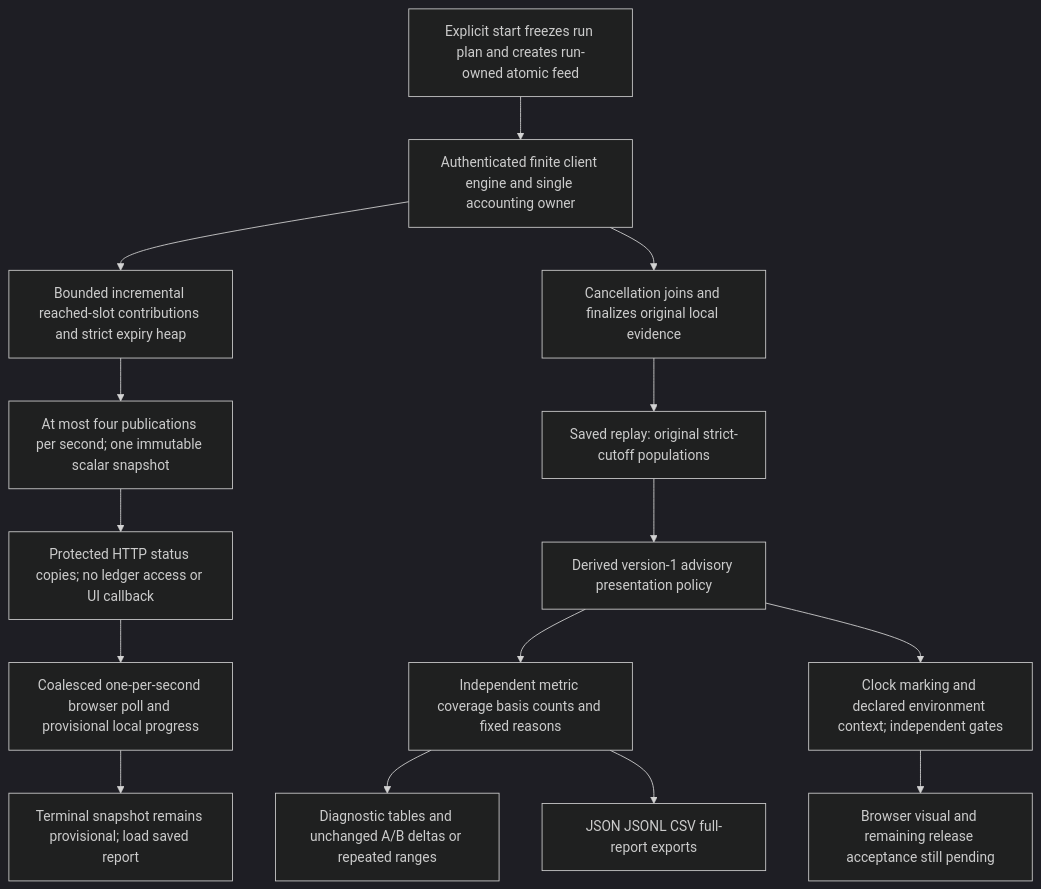
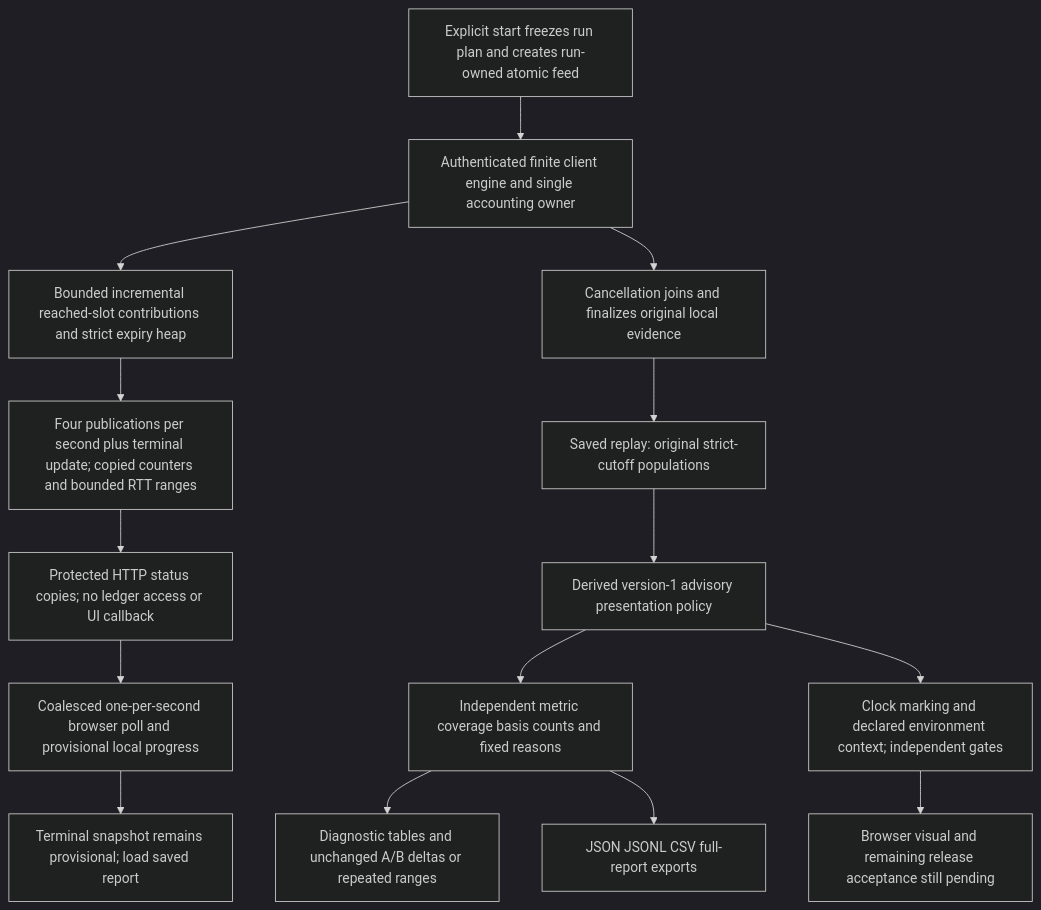
Before and after one commit to rashidbestry/sneaky-port: diagram 22 of 27 in FLOWCHART.md, drawn with Mermaid (dark theme). The commit also changed other lines of this file and 15 other files, not shown here.

````diff
--- a/FLOWCHART.md
+++ b/FLOWCHART.md
@@ -573,17 +573,17 @@
 ```mermaid
 flowchart TD
     A[Saved replay: original strict-cutoff populations] --> B[Derived version-1 advisory presentation policy]
     B --> C[Independent metric coverage basis counts and fixed reasons]
     C --> D[Diagnostic tables and unchanged A/B deltas or repeated ranges]
     C --> E[JSON JSONL CSV full-report exports]
     B --> F[Clock marking and declared environment context; independent gates]
     G[Explicit start freezes run plan and creates run-owned atomic feed] --> H[Authenticated finite client engine and single accounting owner]
     H --> I[Bounded incremental reached-slot contributions and strict expiry heap]
-    I --> J[At most four publications per second; one immutable scalar snapshot]
+    I --> J[Four publications per second plus terminal update; copied counters and bounded RTT ranges]
     J --> K[Protected HTTP status copies; no ledger access or UI callback]
     K --> L[Coalesced one-per-second browser poll and provisional local progress]
     H --> M[Cancellation joins and finalizes original local evidence]
     M --> A
     L --> N[Terminal snapshot remains provisional; load saved report]
     F --> O[Browser visual and remaining release acceptance still pending]
 ```
````
